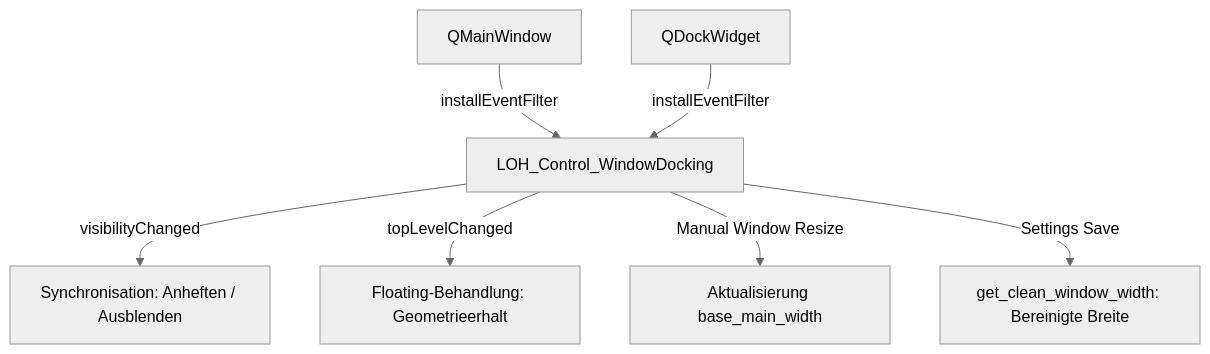
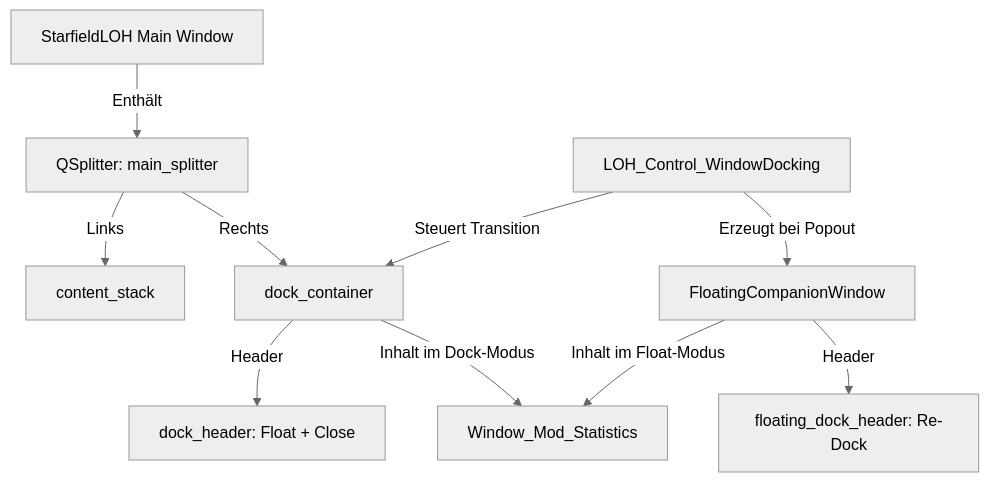
The diagram in Documentation/LOH_Control_WindowDocking_Documentation.md (Looking4Git/Starfield_LOH), drawn with Mermaid (neutral theme) before and after one commit. The commit also changed other lines of this file and 5 other files, not shown here.

Commit message:
feat(docking): refactor window mod statistics to QSplitter dock and floating window pattern

````diff
--- a/Documentation/LOH_Control_WindowDocking_Documentation.md
+++ b/Documentation/LOH_Control_WindowDocking_Documentation.md
@@ -27,9 +31,13 @@
 ```mermaid
 graph TD
-    A[QMainWindow] -->|installEventFilter| M[LOH_Control_WindowDocking]
-    B[QDockWidget] -->|installEventFilter| M
-    M -->|visibilityChanged| C[Synchronisation: Anheften / Ausblenden]
-    M -->|topLevelChanged| D[Floating-Behandlung: Geometrieerhalt]
-    M -->|Manual Window Resize| E[Aktualisierung base_main_width]
-    M -->|Settings Save| F[get_clean_window_width: Bereinigte Breite]
+    A[StarfieldLOH Main Window] -->|Enthält| S[QSplitter: main_splitter]
+    S -->|Links| CS[content_stack]
+    S -->|Rechts| DC[dock_container]
+    DC -->|Header| DH[dock_header: Float + Close]
+    DC -->|Inhalt im Dock-Modus| WMS[Window_Mod_Statistics]
+    
+    M[LOH_Control_WindowDocking] -->|Steuert Transition| DC
+    M -->|Erzeugt bei Popout| FW[FloatingCompanionWindow]
+    FW -->|Inhalt im Float-Modus| WMS
+    FW -->|Header| FH[floating_dock_header: Re-Dock]
 ```
````
